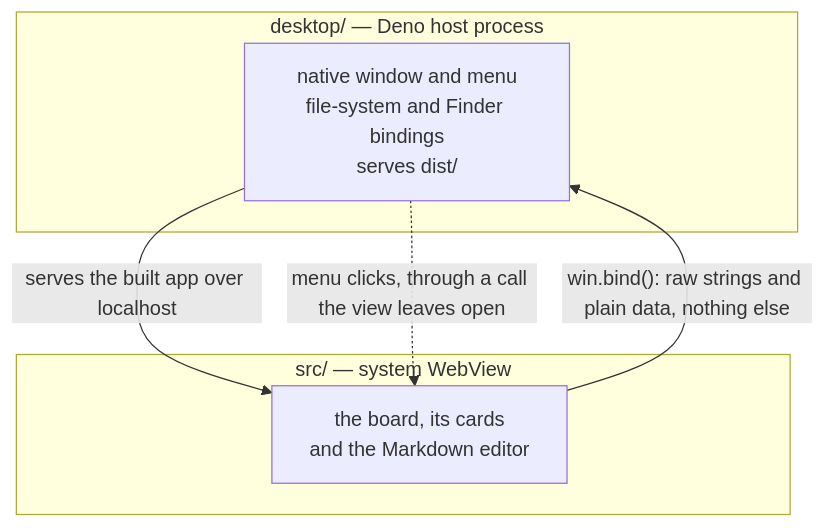
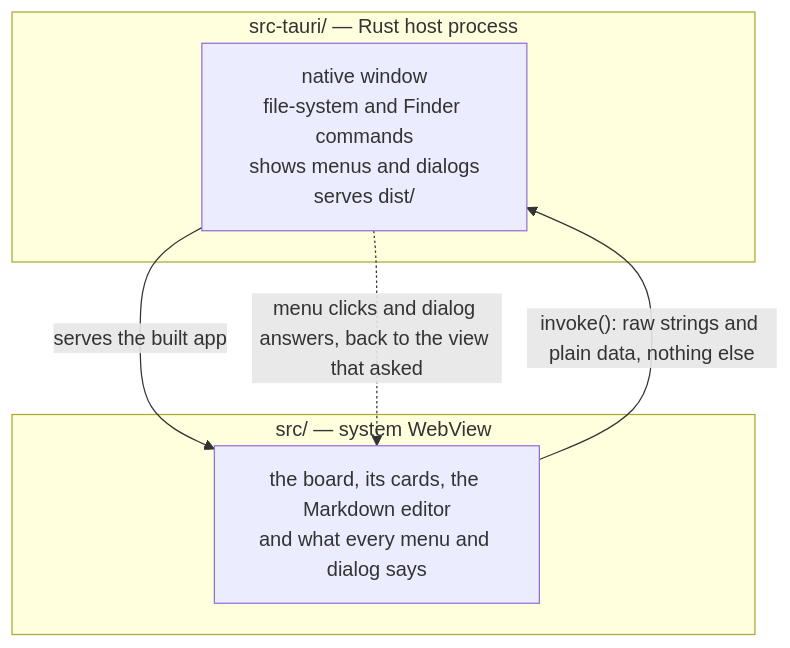
Before and after one commit to ytakahashi/facet: the diagram in ARCHITECTURE.md, drawn with Mermaid. The commit also changed other lines of this file and 19 other files, not shown here.

Commit message:
chore: remove deno desktop host (#54)

````diff
--- a/ARCHITECTURE.md
+++ b/ARCHITECTURE.md
@@ -17,12 +18,12 @@
 ```mermaid
 flowchart TB
-  subgraph host["desktop/ — Deno host process"]
-    H["native window and menu<br>file-system and Finder bindings<br>serves dist/"]
+  subgraph host["src-tauri/ — Rust host process"]
+    H["native window<br>file-system and Finder commands<br>shows menus and dialogs<br>serves dist/"]
   end
   subgraph view["src/ — system WebView"]
-    V["the board, its cards<br>and the Markdown editor"]
+    V["the board, its cards, the Markdown editor<br>and what every menu and dialog says"]
   end
-  H -- "serves the built app over localhost" --> V
-  V -- "win.bind(): raw strings and plain data, nothing else" --> H
-  H -. "menu clicks, through a call the view leaves open" .-> V
+  H -- "serves the built app" --> V
+  V -- "invoke(): raw strings and plain data, nothing else" --> H
+  H -. "menu clicks and dialog answers, back to the view that asked" .-> V
 ```
````
